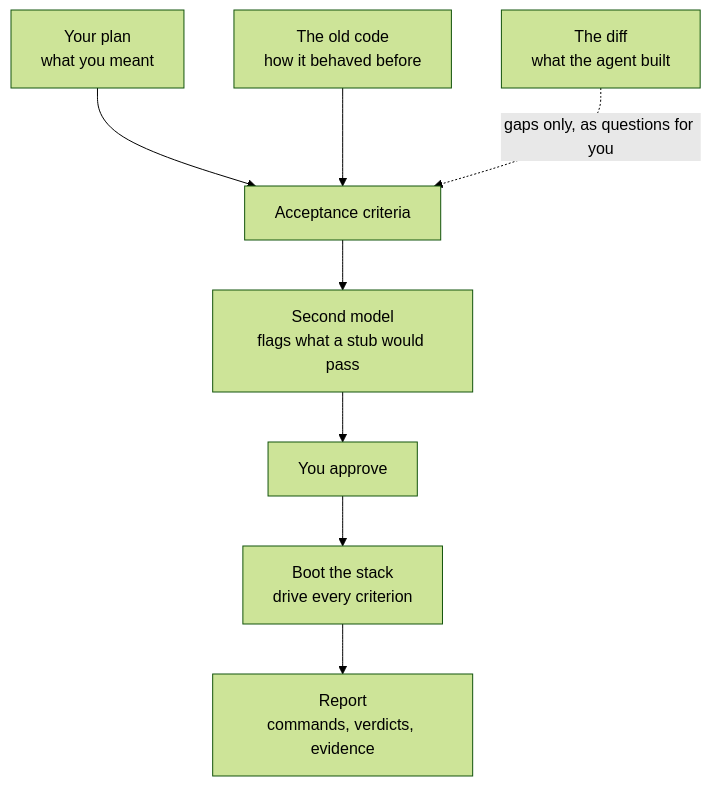
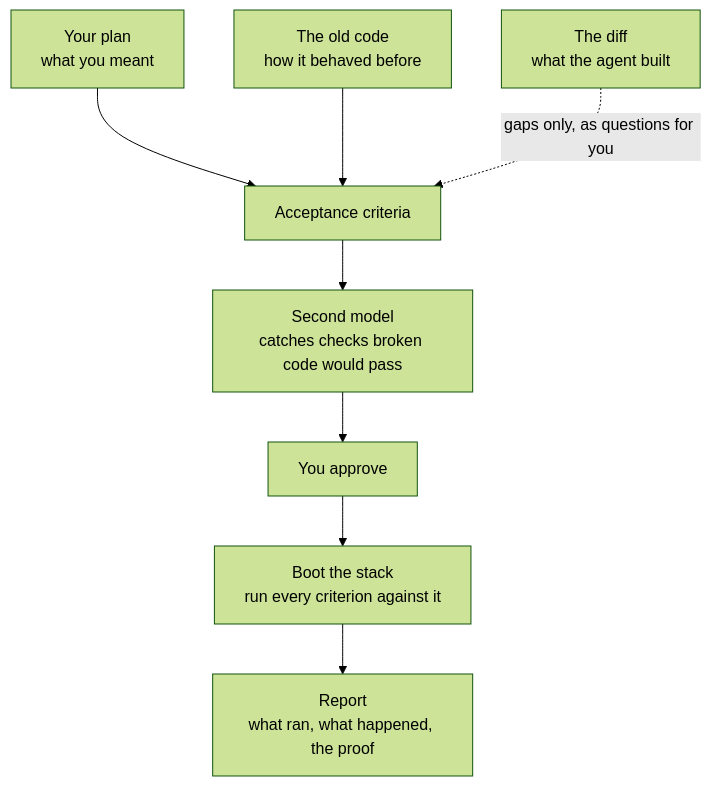
Before and after one commit to opslane/verify: the diagram in README.md, drawn with Mermaid (forest theme). The commit also changed other lines of this file, not shown here.

Commit message:
docs(readme): say what the second model catches, in plain words
The diagram called the review step 'flags what a stub would pass' and
the report box 'commands, verdicts, evidence'. A stub is jargon, and
the report box was three nouns with no verb. The same stub wording had
leaked into the bullets and the principles section.

The review step now reads 'catches checks broken code would pass',
which is what it does. The report box reads 'what ran, what happened,
the proof'. The run box says run rather than drive, since drive means
something only to a reader who already knows the tool.

Claude-Session: https://claude.ai/code/session_01BNhL2917Pbgp5NaBoxQCE2

````diff
--- a/README.md
+++ b/README.md
@@ -21,16 +21,16 @@
 ```mermaid
 flowchart TD
     plan["Your plan<br>what you meant"]
     old["The old code<br>how it behaved before"]
     diff["The diff<br>what the agent built"]
     ac["Acceptance criteria"]
-    codex["Second model<br>flags what a stub would pass"]
+    codex["Second model<br>catches checks broken code would pass"]
     you["You approve"]
-    run["Boot the stack<br>drive every criterion"]
-    rep["Report<br>commands, verdicts, evidence"]
+    run["Boot the stack<br>run every criterion against it"]
+    rep["Report<br>what ran, what happened, the proof"]
 
     plan --> ac
     old --> ac
     diff -.->|"gaps only, as questions for you"| ac
     ac --> codex --> you --> run --> rep
 ```
````
